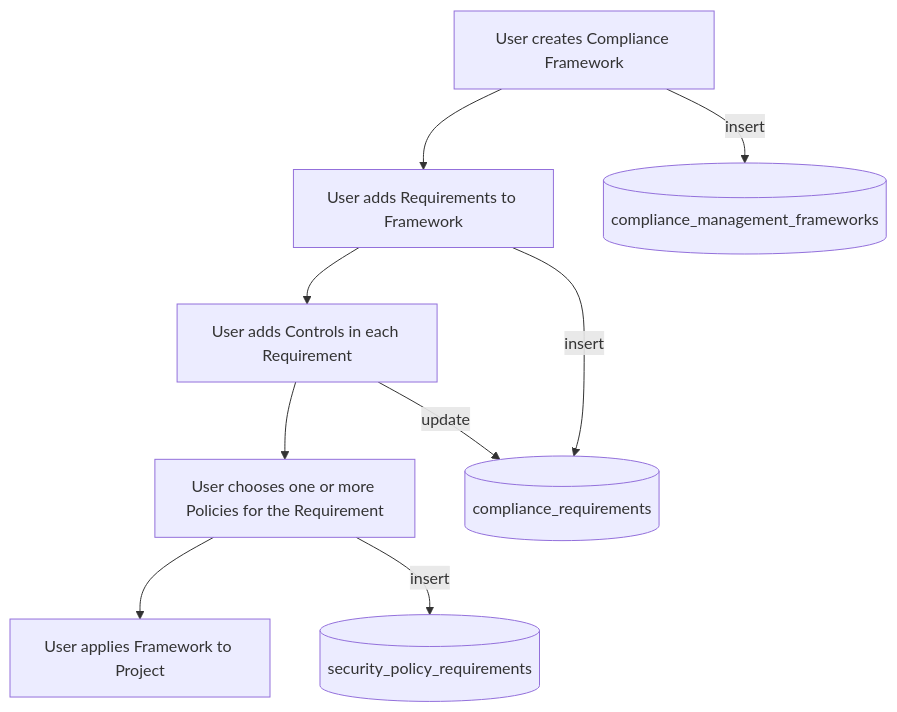
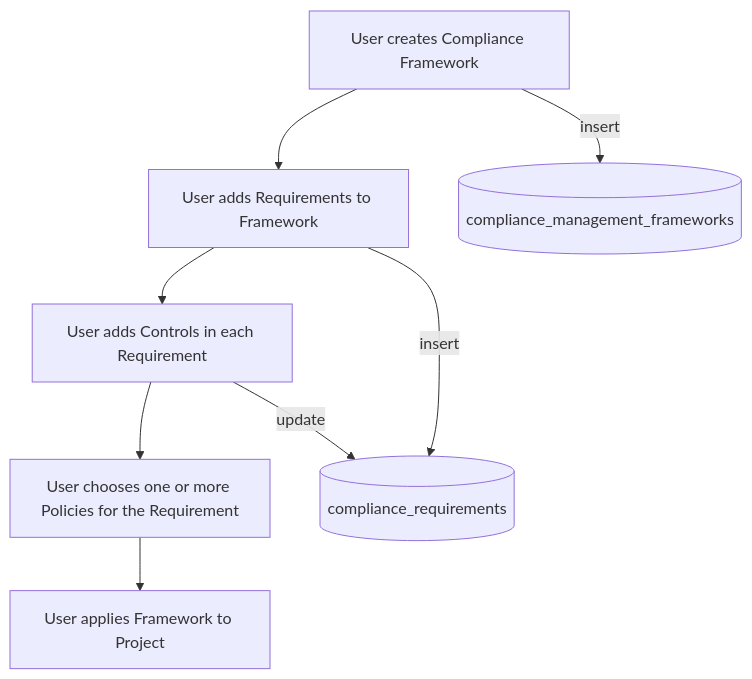
Before and after one commit to zalyoung/gitlab-handbook: the second of 4 diagrams in content/handbook/engineering/architecture/design-documents/compliance-frameworks/_index.md, drawn with Mermaid. The commit also changed other lines of this file, not shown here.

First line of the commit message:
Remove the security_policy_controls relationship

````diff
--- a/content/handbook/engineering/architecture/design-documents/compliance-frameworks/_index.md
+++ b/content/handbook/engineering/architecture/design-documents/compliance-frameworks/_index.md
@@ -451,12 +441,11 @@
 ```mermaid
 flowchart TD
     A[User creates Compliance Framework] --> B[User adds Requirements to Framework]
     B --> C[User adds Controls in each Requirement]
     C --> D[User chooses one or more Policies for the Requirement]
     D --> F[User applies Framework to Project]
 
     A -- insert --> compliance_management_frameworks@{ shape: cyl }
     B -- insert --> compliance_requirements@{ shape: cyl }
     C -- update --> compliance_requirements@{ shape: cyl }
-    D -- insert --> security_policy_requirements@{ shape: cyl }
 ```
````
